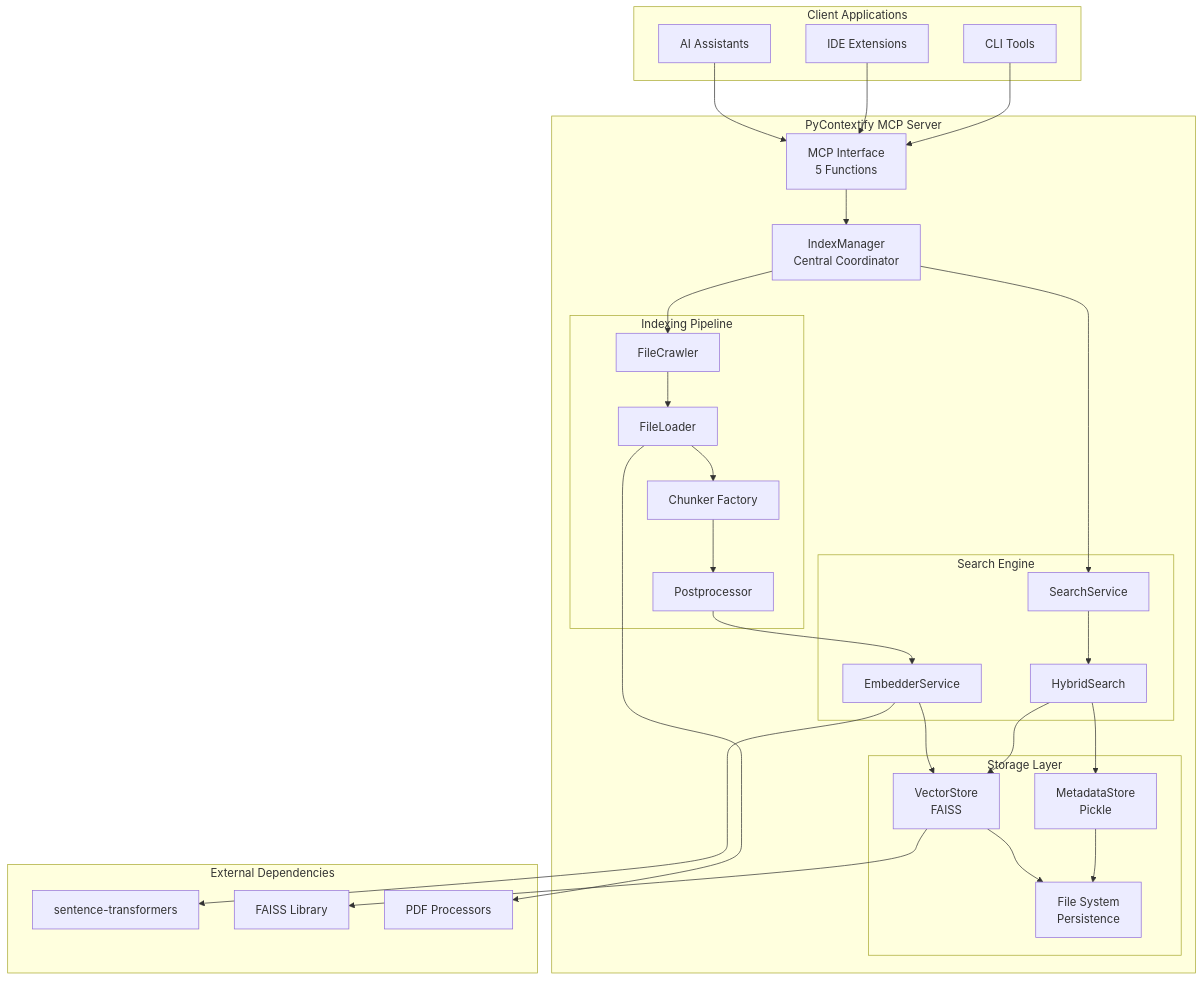
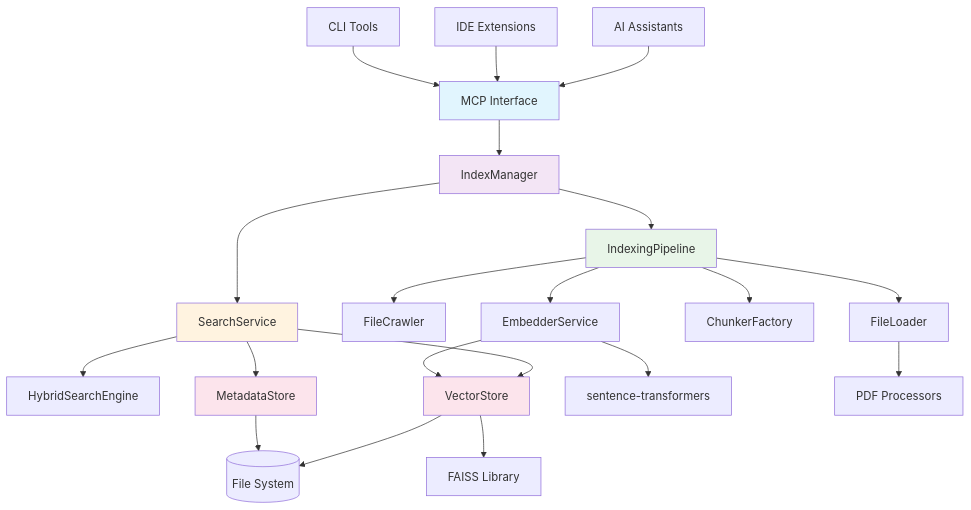
The first of 3 diagrams in docs/ARCHITECTURE.md (tbrandenburg/pycontextify), drawn with Mermaid before and after one commit. The commit also changed other lines of this file, not shown here.

Commit message:
Stabilized arch doc

````diff
--- a/docs/ARCHITECTURE.md
+++ b/docs/ARCHITECTURE.md
@@ -42,63 +42,35 @@
 ```mermaid
-graph TB
-    subgraph "Client Applications"
-        AI[AI Assistants]
-        IDE[IDE Extensions]
-        CLI[CLI Tools]
-    end
+graph TD
+    A[AI Assistants] --> M[MCP Interface]
+    B[IDE Extensions] --> M
+    C[CLI Tools] --> M
     
-    subgraph "PyContextify MCP Server"
-        MCP[MCP Interface<br/>5 Functions]
-        IM[IndexManager<br/>Central Coordinator]
-        
-        subgraph "Indexing Pipeline"
-            FC[FileCrawler]
-            FL[FileLoader]
-            CH[Chunker Factory]
-            PP[Postprocessor]
-        end
-        
-        subgraph "Search Engine"
-            SS[SearchService]
-            HS[HybridSearch]
-            ES[EmbedderService]
-        end
-        
-        subgraph "Storage Layer"
-            VS[VectorStore<br/>FAISS]
-            MS[MetadataStore<br/>Pickle]
-            FS[File System<br/>Persistence]
-        end
-    end
+    M --> I[IndexManager]
     
-    subgraph "External Dependencies"
-        ST[sentence-transformers]
-        FAISS[FAISS Library]
-        PDF[PDF Processors]
-    end
+    I --> IP[IndexingPipeline]
+    I --> SS[SearchService]
     
-    AI --> MCP
-    IDE --> MCP
-    CLI --> MCP
+    IP --> FC[FileCrawler]
+    IP --> FL[FileLoader]
+    IP --> CH[ChunkerFactory]
+    IP --> ES[EmbedderService]
     
-    MCP --> IM
-    IM --> FC
-    IM --> SS
+    SS --> HS[HybridSearchEngine]
+    SS --> VS[VectorStore]
+    SS --> MS[MetadataStore]
     
-    FC --> FL
-    FL --> CH
-    CH --> PP
-    PP --> ES
     ES --> VS
-    
-    SS --> HS
-    HS --> VS
-    HS --> MS
-    
-    VS --> FS
+    VS --> FS[(File System)]
     MS --> FS
     
-    ES --> ST
-    VS --> FAISS
-    FL --> PDF
+    ES --> ST[sentence-transformers]
+    VS --> FI[FAISS Library]
+    FL --> PD[PDF Processors]
+    
+    style M fill:#e1f5fe
+    style I fill:#f3e5f5
+    style IP fill:#e8f5e8
+    style SS fill:#fff3e0
+    style VS fill:#fce4ec
+    style MS fill:#fce4ec
 ```
````
